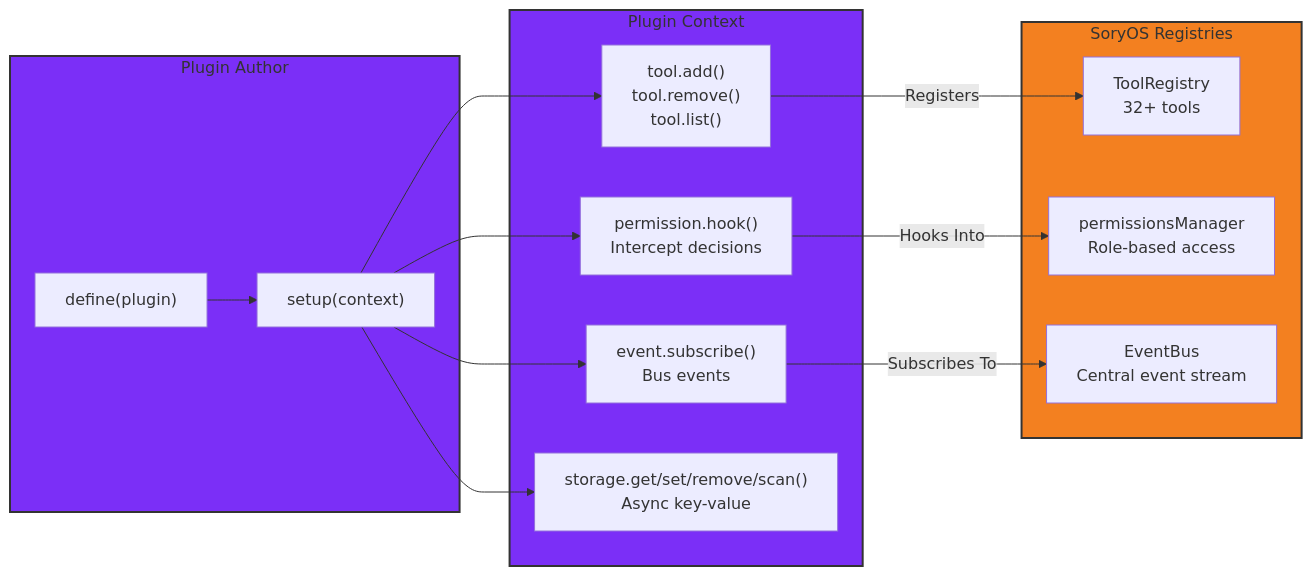
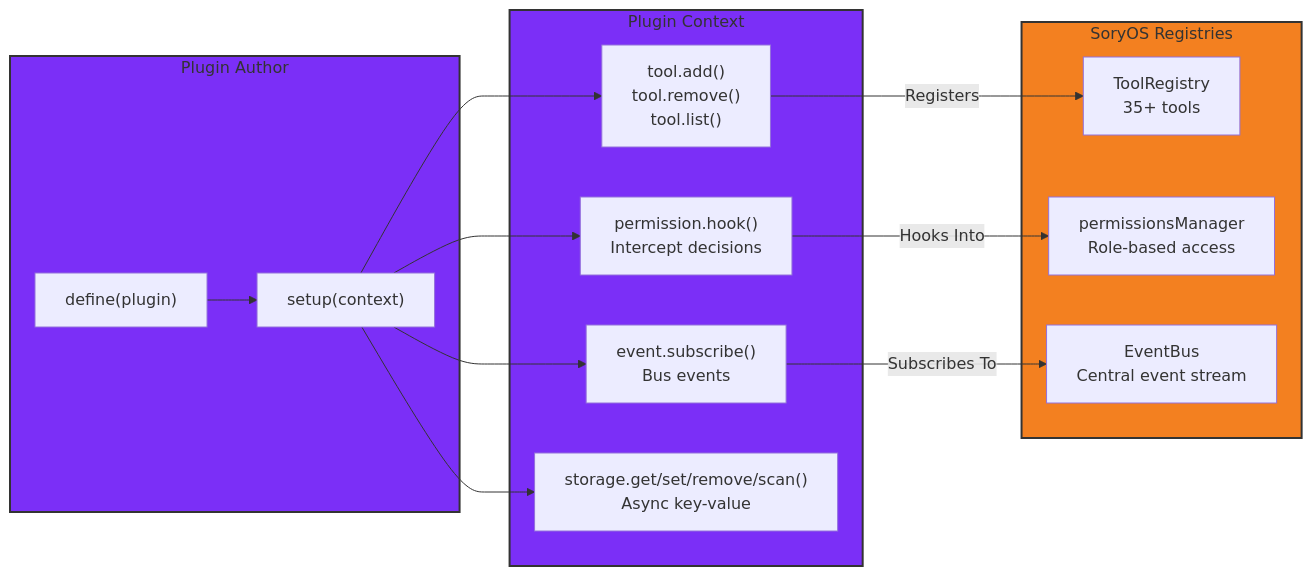
One commit to SoryOS-org/soryos-cloud-v02 changed the third of 3 diagrams in README.md. Above: the diagram before and after it, drawn with Mermaid. The commit also changed other lines of this file and 22 other files, not shown here.

````diff
--- a/README.md
+++ b/README.md
@@ -135,34 +135,34 @@
 ```mermaid
 graph LR
     subgraph PluginAuthor["Plugin Author"]
         define["define(plugin)"]
         setup["setup(context)"]
     end
 
     subgraph PluginContext["Plugin Context"]
         toolDomain["tool.add()<br/>tool.remove()<br/>tool.list()"]
         permDomain["permission.hook()<br/>Intercept decisions"]
         eventDomain["event.subscribe()<br/>Bus events"]
         storageDomain["storage.get/set/remove/scan()<br/>Async key-value"]
     end
 
     subgraph SoryOSRegistries["SoryOS Registries"]
-        toolRegistry["ToolRegistry<br/>32+ tools"]
+        toolRegistry["ToolRegistry<br/>35+ tools"]
         permManager["permissionsManager<br/>Role-based access"]
         eventBus["EventBus<br/>Central event stream"]
     end
 
     define --> setup
     setup --> toolDomain
     setup --> permDomain
     setup --> eventDomain
     setup --> storageDomain
     
     toolDomain -->|Registers| toolRegistry
     permDomain -->|Hooks Into| permManager
     eventDomain -->|Subscribes To| eventBus
 
     style PluginAuthor fill:#7B2FF7,stroke:#333,stroke-width:2px
     style PluginContext fill:#7B2FF7,stroke:#333,stroke-width:2px
     style SoryOSRegistries fill:#F38020,stroke:#333,stroke-width:2px
 ```
````
